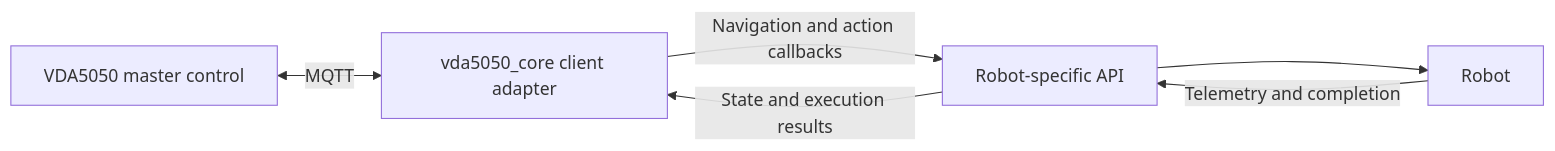
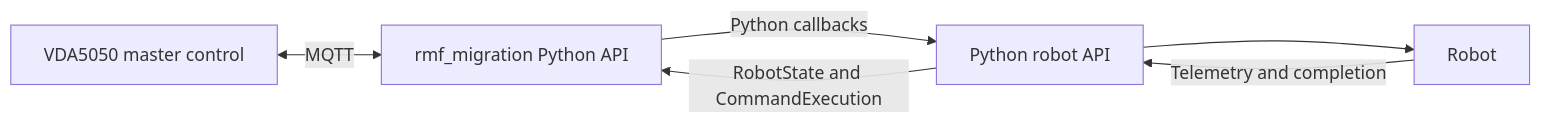
Before and after one commit to eileentyz/vda5050_core: the second of 2 diagrams in vda5050_core/docs/rmf-migration.md, drawn with Mermaid. The commit also changed other lines of this file and 1 other file, not shown here.

Commit message:
docs(rmf-migration): update to python bindings

````diff
--- a/vda5050_core/docs/rmf-migration.md
+++ b/vda5050_core/docs/rmf-migration.md
@@ -45,8 +48,8 @@
 ```mermaid
 flowchart LR
-    Master[VDA5050 master control] <-->|MQTT| Adapter[vda5050_core client adapter]
-    Adapter -->|Navigation and action callbacks| API[Robot-specific API]
+    Master[VDA5050 master control] <-->|MQTT| Adapter[rmf_migration Python API]
+    Adapter -->|Python callbacks| API[Python robot API]
     API --> Robot
     Robot -->|Telemetry and completion| API
-    API -->|State and execution results| Adapter
+    API -->|RobotState and CommandExecution| Adapter
 ```
````
